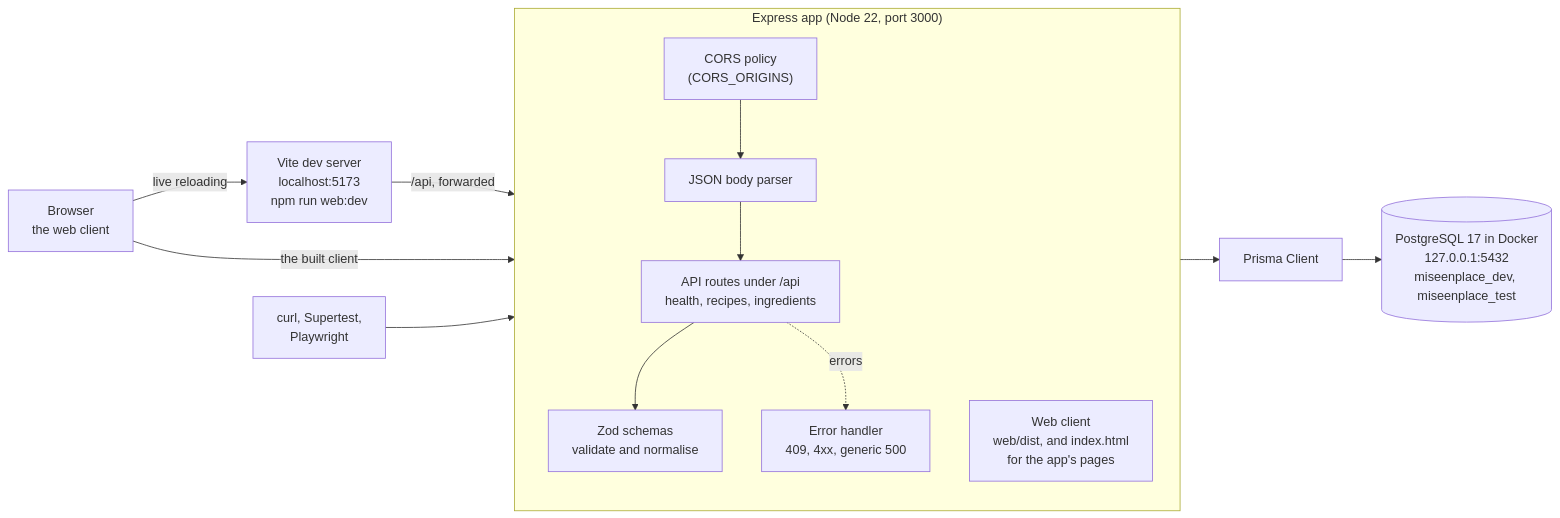
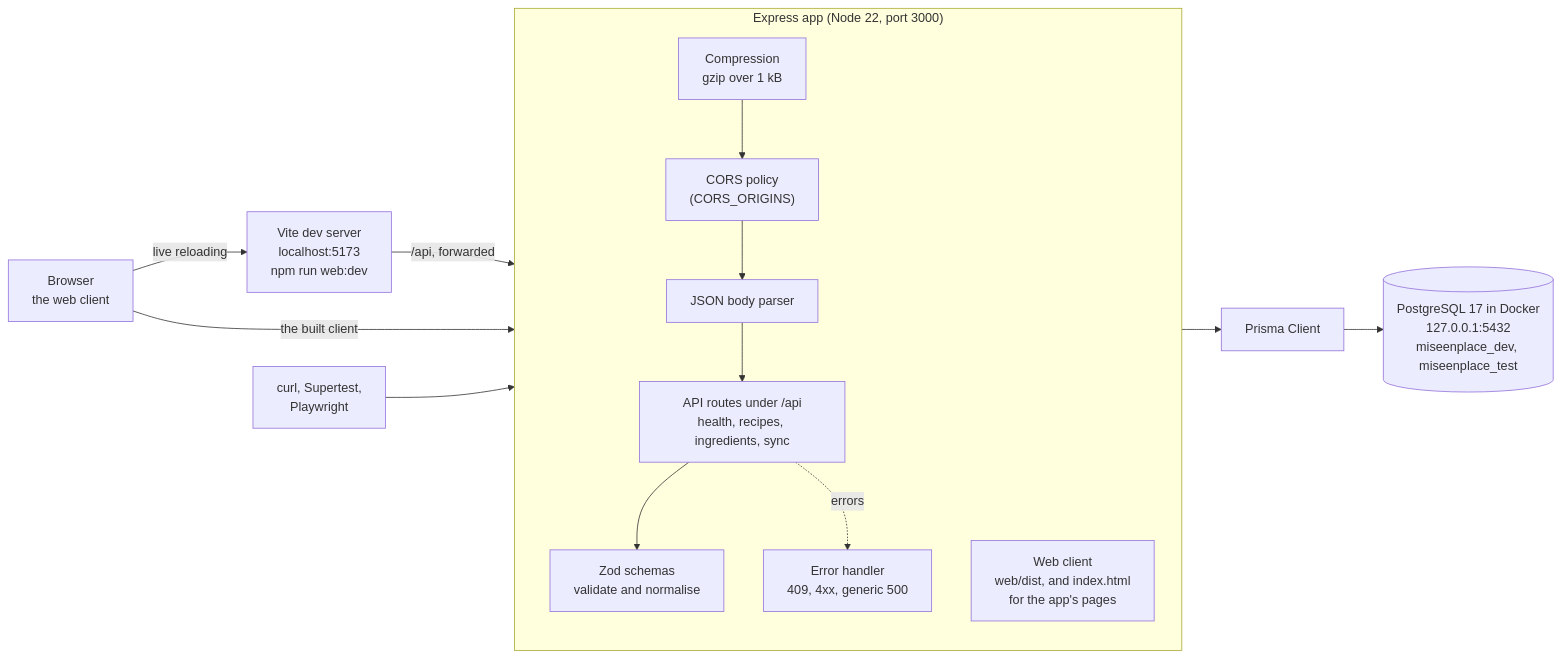
One commit to A-W-Coding/mise-en-place changed the first of 3 diagrams in docs/architecture.md. Above: the diagram before and after it, drawn with Mermaid. The commit also changed other lines of this file and 8 other files, not shown here.

````diff
--- a/docs/architecture.md
+++ b/docs/architecture.md
@@ -7,25 +7,26 @@
 ```mermaid
 flowchart LR
     browser["Browser<br/>the web client"]
     vite["Vite dev server<br/>localhost:5173<br/>npm run web:dev"]
     tests["curl, Supertest,<br/>Playwright"]
 
     subgraph api["Express app (Node 22, port 3000)"]
         direction TB
-        cors["CORS policy<br/>(CORS_ORIGINS)"] --> json["JSON body parser"]
-        json --> routes["API routes under /api<br/>health, recipes, ingredients"]
+        gzip["Compression<br/>gzip over 1 kB"] --> cors["CORS policy<br/>(CORS_ORIGINS)"]
+        cors --> json["JSON body parser"]
+        json --> routes["API routes under /api<br/>health, recipes, ingredients, sync"]
         routes --> zod["Zod schemas<br/>validate and normalise"]
         routes -.->|errors| handler["Error handler<br/>409, 4xx, generic 500"]
         web["Web client<br/>web/dist, and index.html<br/>for the app's pages"]
     end
 
     prisma["Prisma Client"]
     db[("PostgreSQL 17 in Docker<br/>127.0.0.1:5432<br/>miseenplace_dev, miseenplace_test")]
 
     browser -->|live reloading| vite
-    vite -->|/api, forwarded| cors
+    vite -->|/api, forwarded| gzip
     browser -->|the built client| web
-    tests --> cors
+    tests --> gzip
     zod --> prisma
     prisma --> db
 ```
````
